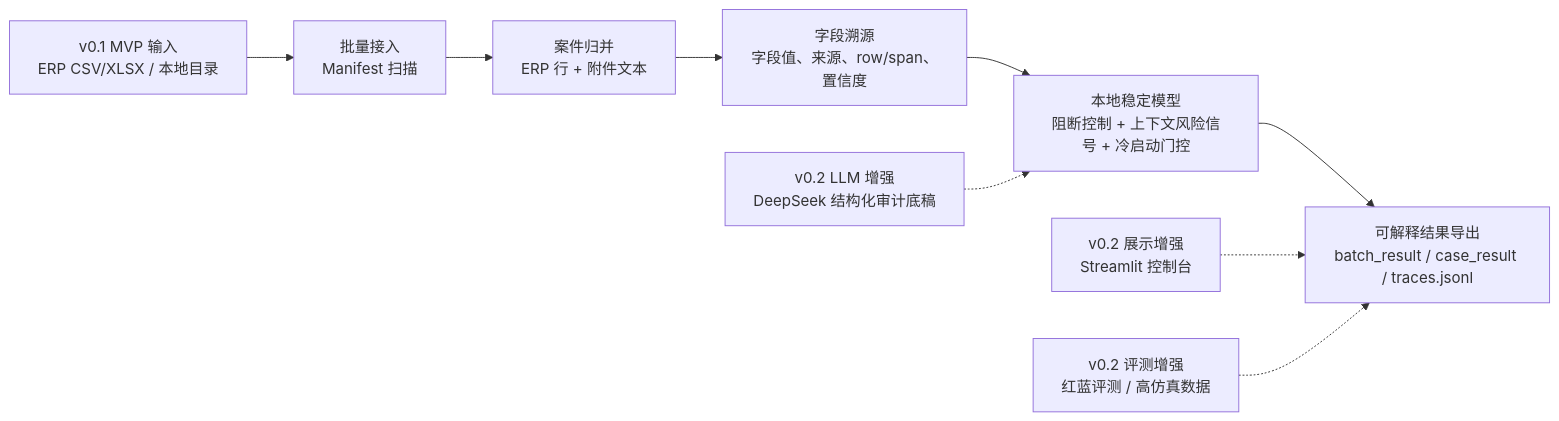
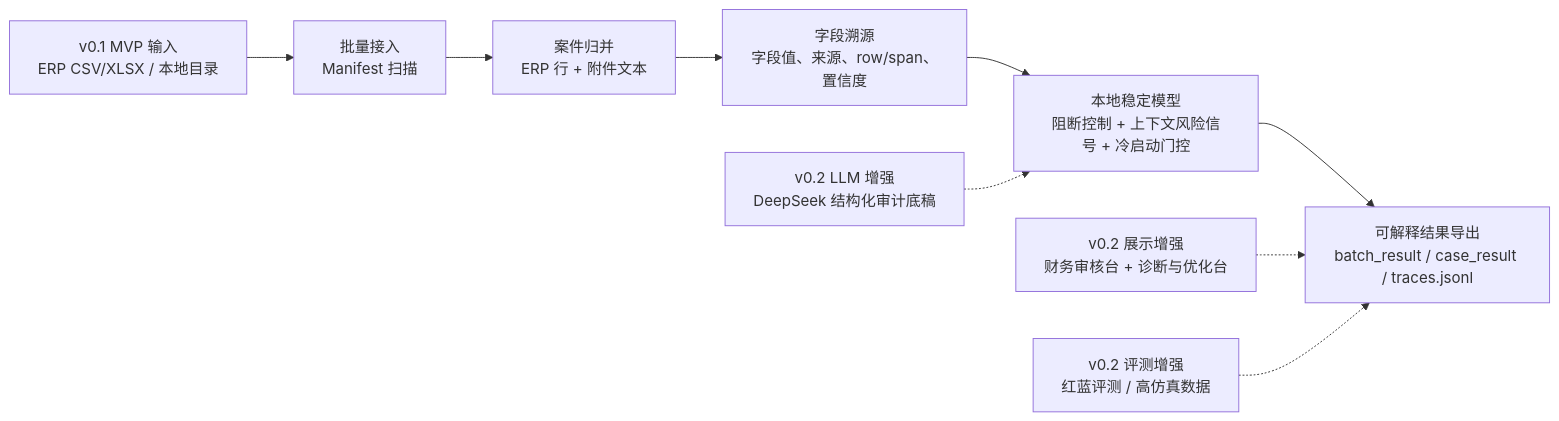
Before and after one commit to wangzichang224-design/FinTrace: the first of 5 diagrams in docs/FINTRACE_FLOW.md, drawn with Mermaid. The commit also changed other lines of this file and 5 other files, not shown here.

````diff
--- a/docs/FINTRACE_FLOW.md
+++ b/docs/FINTRACE_FLOW.md
@@ -7,12 +7,12 @@
 ```mermaid
 flowchart LR
     A["v0.1 MVP 输入<br/>ERP CSV/XLSX / 本地目录"] --> B["批量接入<br/>Manifest 扫描"]
     B --> C["案件归并<br/>ERP 行 + 附件文本"]
     C --> D["字段溯源<br/>字段值、来源、row/span、置信度"]
     D --> E["本地稳定模型<br/>阻断控制 + 上下文风险信号 + 冷启动门控"]
     E --> F["可解释结果导出<br/>batch_result / case_result / traces.jsonl"]
 
-    G["v0.2 展示增强<br/>Streamlit 控制台"] -.-> F
+    G["v0.2 展示增强<br/>财务审核台 + 诊断与优化台"] -.-> F
     H["v0.2 LLM 增强<br/>DeepSeek 结构化审计底稿"] -.-> E
     I["v0.2 评测增强<br/>红蓝评测 / 高仿真数据"] -.-> F
 ```
````
